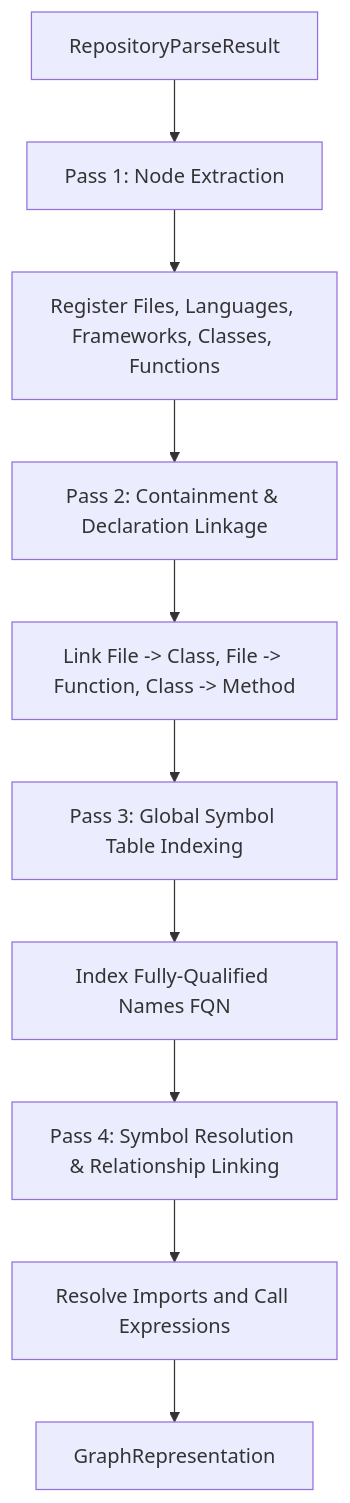
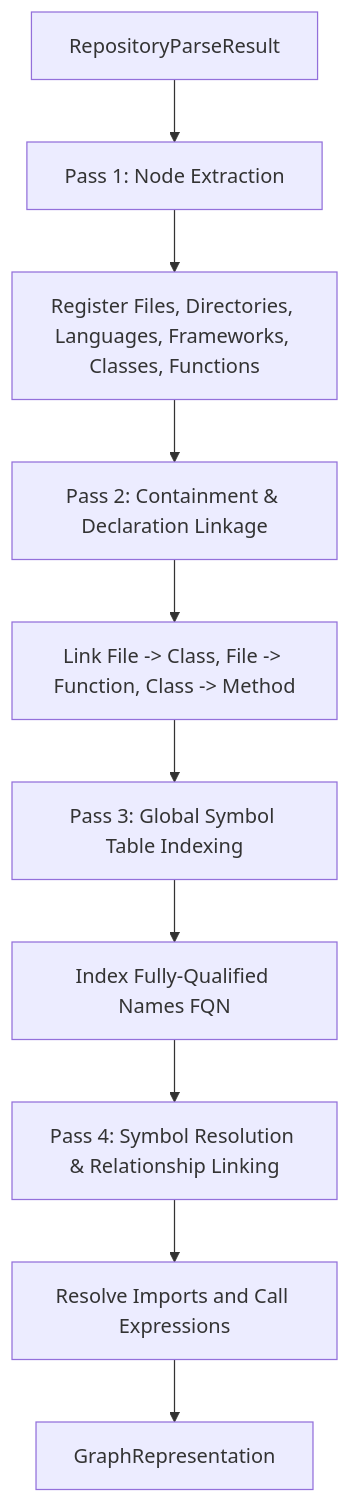
Before and after one commit to vickypandey14/Git2OKF: the diagram in docs/phase3_design.md, drawn with Mermaid. The commit also changed other lines of this file, not shown here.

Commit message:
I have updated docs/phase3_design.md with the revised architectural design for the Phase 3 Graph Builder, satisfying all the architectural review constraints.

````diff
--- a/docs/phase3_design.md
+++ b/docs/phase3_design.md
@@ -127,12 +253,12 @@
 ```mermaid
 graph TD
     A[RepositoryParseResult] --> B[Pass 1: Node Extraction]
-    B --> C[Register Files, Languages, Frameworks, Classes, Functions]
+    B --> C[Register Files, Directories, Languages, Frameworks, Classes, Functions]
     C --> D[Pass 2: Containment & Declaration Linkage]
     D --> E[Link File -> Class, File -> Function, Class -> Method]
     E --> F[Pass 3: Global Symbol Table Indexing]
     F --> G[Index Fully-Qualified Names FQN]
     G --> H[Pass 4: Symbol Resolution & Relationship Linking]
     H --> I[Resolve Imports and Call Expressions]
     I --> J[GraphRepresentation]
 ```
````
